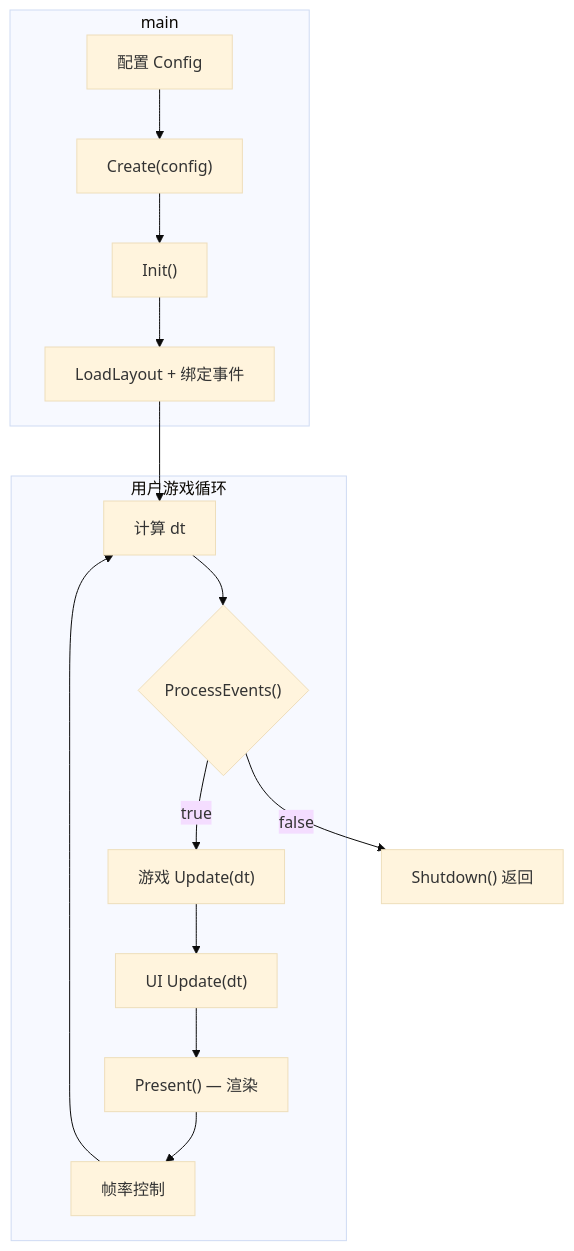
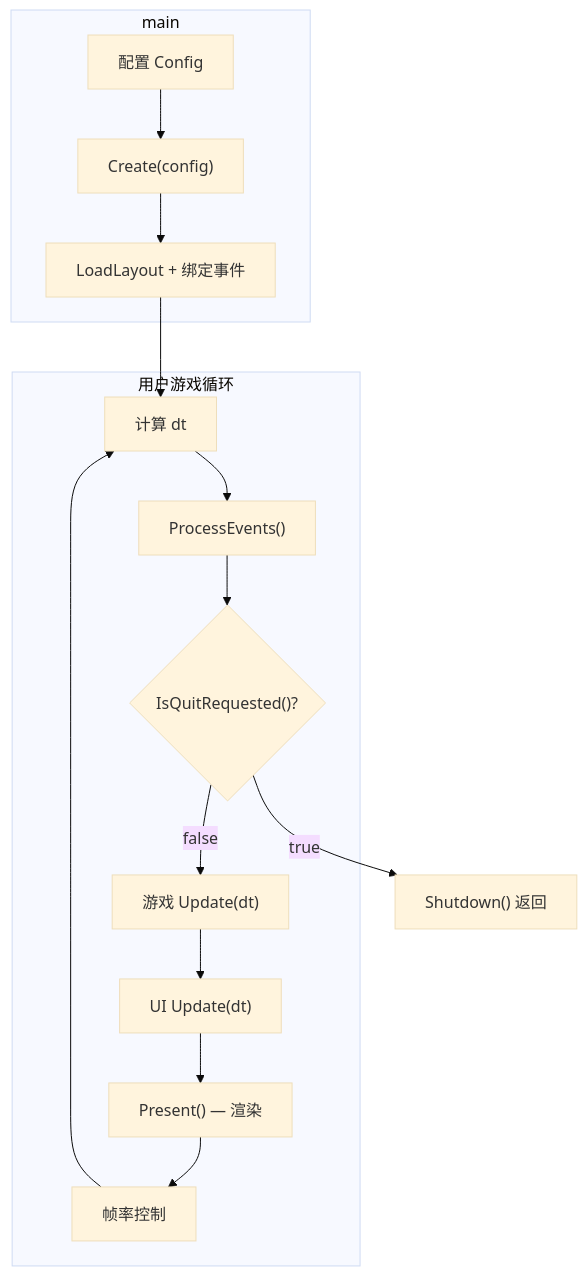
One commit to SeaOceanLiu/UIControls changed the seventh of 7 diagrams in doc/CppBinding_Design.md. Above: the diagram before and after it, drawn with Mermaid (base theme). The commit also changed other lines of this file and 85 other files, not shown here.

````diff
--- a/doc/CppBinding_Design.md
+++ b/doc/CppBinding_Design.md
@@ -1191,25 +1363,25 @@
 ```mermaid
 flowchart TB
     subgraph main
         C1["配置 Config"]
         C2["Create(config)"]
-        C3["Init()"]
-        C4["LoadLayout + 绑定事件"]
+        C3["LoadLayout + 绑定事件"]
     end
 
     subgraph 用户游戏循环
         L1["计算 dt"]
-        L2{"ProcessEvents()"}
-        L3["游戏 Update(dt)"]
-        L4["UI Update(dt)"]
-        L5["Present() — 渲染"]
-        L6["帧率控制"]
+        L2["ProcessEvents()"]
+        L3{"IsQuitRequested()?"}
+        L4["游戏 Update(dt)"]
+        L5["UI Update(dt)"]
+        L6["Present() — 渲染"]
+        L7["帧率控制"]
     end
 
-    C1 --> C2 --> C3 --> C4
+    C1 --> C2 --> C3
 
-    C4 --> L1 --> L2
-    L2 -->|"true"| L3 --> L4 --> L5 --> L6
-    L6 --> L1
-    L2 -->|"false"| E["Shutdown() 返回"]
+    C3 --> L1 --> L2 --> L3
+    L3 -->|"false"| L4 --> L5 --> L6 --> L7
+    L7 --> L1
+    L3 -->|"true"| E["Shutdown() 返回"]
 ```
````
